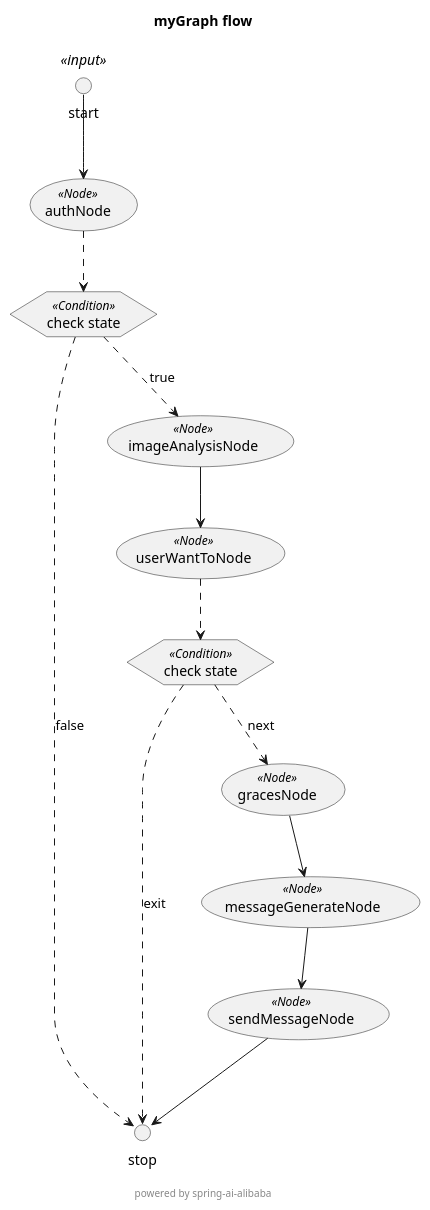
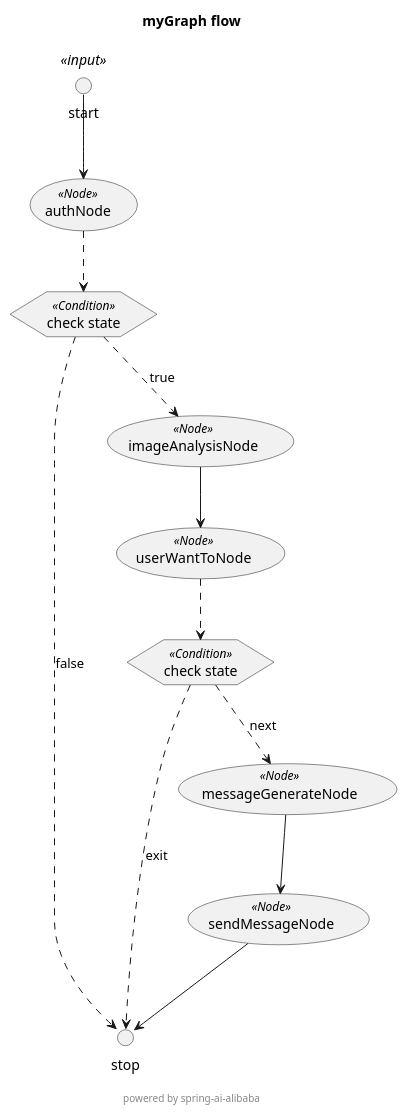
The diagram in ai-helper-services/src/main/resources/puml/MainGraph.puml (Huhanzhao/ehuman), drawn with PlantUML before and after one commit. The commit also changed 3 other files, not shown here.

```diff
--- a/ai-helper-services/src/main/resources/puml/MainGraph.puml
+++ b/ai-helper-services/src/main/resources/puml/MainGraph.puml
@@ -1,36 +1,34 @@
 @startuml myGraph_flow
 skinparam usecaseFontSize 14
 skinparam usecaseStereotypeFontSize 12
 skinparam hexagonFontSize 14
 skinparam hexagonStereotypeFontSize 12
 title "myGraph flow"
 footer
 
 powered by spring-ai-alibaba
 end footer
 circle start<<input>> as __START__
 circle stop as __END__
 usecase "authNode"<<Node>>
 usecase "imageAnalysisNode"<<Node>>
 usecase "userWantToNode"<<Node>>
-usecase "gracesNode"<<Node>>
 usecase "messageGenerateNode"<<Node>>
 usecase "sendMessageNode"<<Node>>
 hexagon "check state" as condition1<<Condition>>
 hexagon "check state" as condition2<<Condition>>
 "__START__" -down-> "authNode"
 "authNode" .down.> "condition1"
+"condition1" .down.> "imageAnalysisNode": "true"
+'"authNode" .down.> "imageAnalysisNode": "true"
 "condition1" .down.> "__END__": "false"
 '"authNode" .down.> "__END__": "false"
-"condition1" .down.> "imageAnalysisNode": "true"
-'"authNode" .down.> "imageAnalysisNode": "true"
 "imageAnalysisNode" -down-> "userWantToNode"
 "userWantToNode" .down.> "condition2"
-"condition2" .down.> "gracesNode": "next"
-'"userWantToNode" .down.> "gracesNode": "next"
 "condition2" .down.> "__END__": "exit"
 '"userWantToNode" .down.> "__END__": "exit"
-"gracesNode" -down-> "messageGenerateNode"
+"condition2" .down.> "messageGenerateNode": "next"
+'"userWantToNode" .down.> "messageGenerateNode": "next"
 "messageGenerateNode" -down-> "sendMessageNode"
 "sendMessageNode" -down-> "__END__"
 @enduml
```
